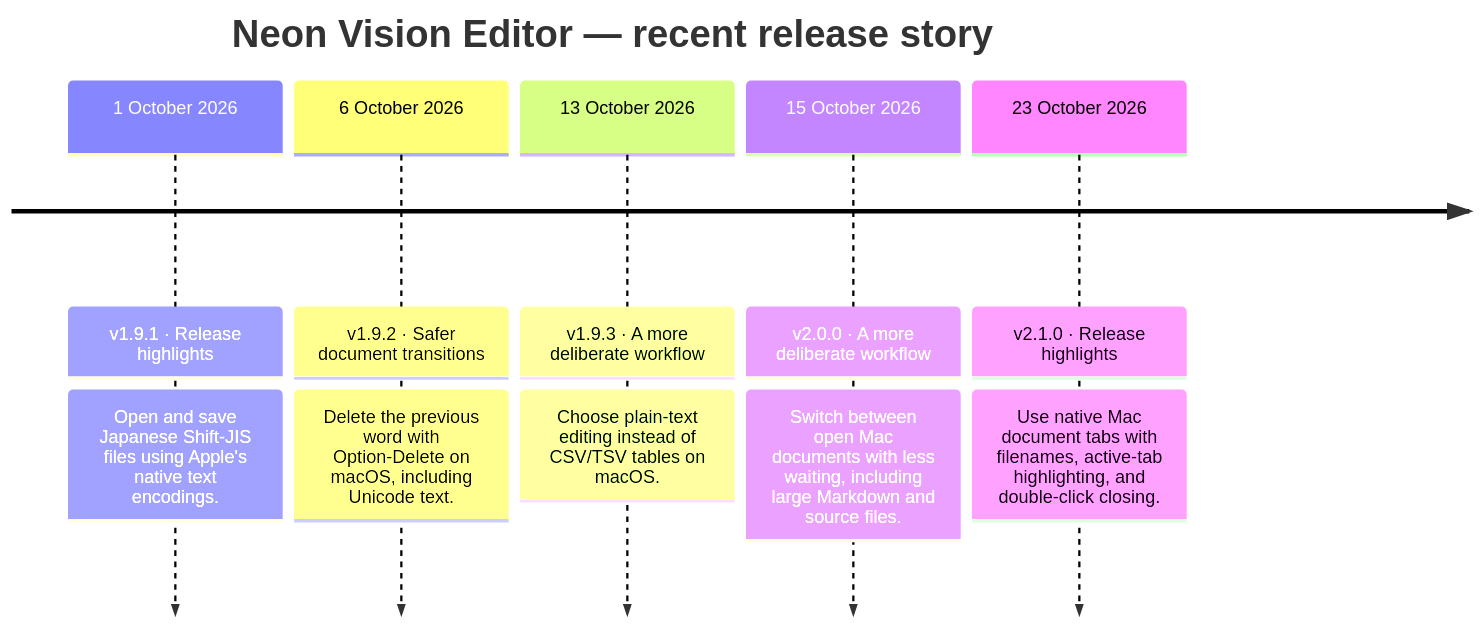
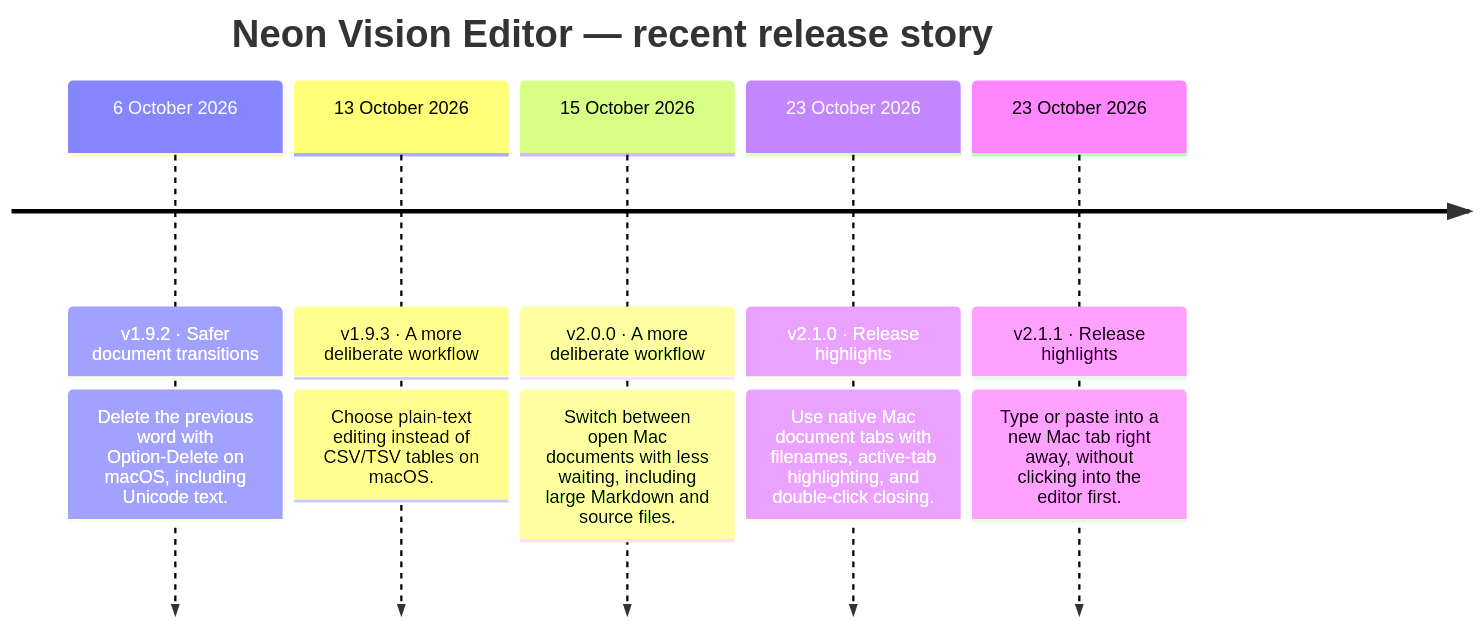
One commit to h3pdesign/Neon-Vision-Editor changed the diagram in README.md. Above: the diagram before and after it, drawn with Mermaid. The commit also changed other lines of this file and 9 other files, not shown here.

````diff
--- a/README.md
+++ b/README.md
@@ -750,14 +758,14 @@
 ```mermaid
 timeline
     title Neon Vision Editor — recent release story
-    1 October 2026 : v1.9.1 · Release highlights
-                : Open and save Japanese Shift-JIS files using Apple's native text encodings.
     6 October 2026 : v1.9.2 · Safer document transitions
                 : Delete the previous word with Option-Delete on macOS, including Unicode text.
     13 October 2026 : v1.9.3 · A more deliberate workflow
                 : Choose plain-text editing instead of CSV/TSV tables on macOS.
     15 October 2026 : v2.0.0 · A more deliberate workflow
                 : Switch between open Mac documents with less waiting, including large Markdown and source files.
     23 October 2026 : v2.1.0 · Release highlights
                 : Use native Mac document tabs with filenames, active-tab highlighting, and double-click closing.
+    23 October 2026 : v2.1.1 · Release highlights
+                : Type or paste into a new Mac tab right away, without clicking into the editor first.
 ```
````
